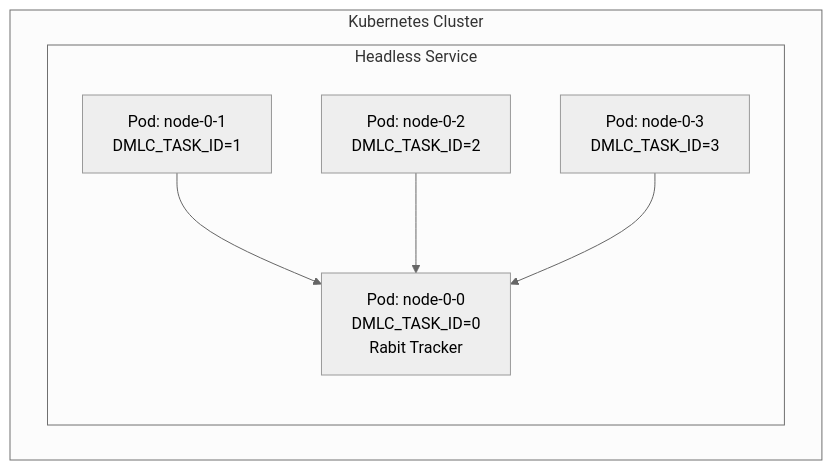
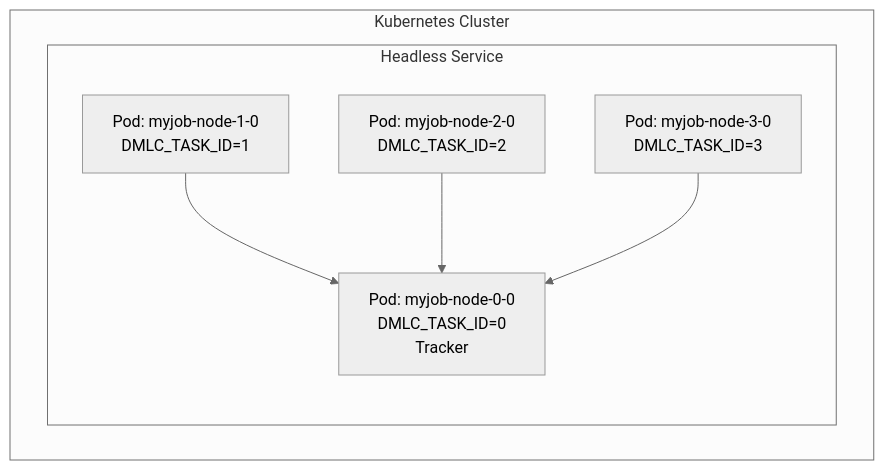
The second of 2 diagrams in docs/proposals/2598-XGboost-runtime-trainer-v2/README.md (kubeflow/trainer), drawn with Mermaid (neutral theme) before and after one commit. The commit also changed other lines of this file, not shown here.

````diff
--- a/docs/proposals/2598-XGboost-runtime-trainer-v2/README.md
+++ b/docs/proposals/2598-XGboost-runtime-trainer-v2/README.md
@@ -249,15 +314,15 @@
 ```mermaid
 flowchart TB
     subgraph Kubernetes Cluster
         subgraph Headless Service
-            R0[Pod: node-0-0<br/>DMLC_TASK_ID=0<br/>Rabit Tracker]
-            W1[Pod: node-0-1<br/>DMLC_TASK_ID=1]
-            W2[Pod: node-0-2<br/>DMLC_TASK_ID=2]
-            W3[Pod: node-0-3<br/>DMLC_TASK_ID=3]
+            R0["Pod: myjob-node-0-0<br/>DMLC_TASK_ID=0<br/>Tracker"]
+            W1["Pod: myjob-node-1-0<br/>DMLC_TASK_ID=1"]
+            W2["Pod: myjob-node-2-0<br/>DMLC_TASK_ID=2"]
+            W3["Pod: myjob-node-3-0<br/>DMLC_TASK_ID=3"]
         end
     end
     
     W1 --> R0
     W2 --> R0
     W3 --> R0
 ```
````
